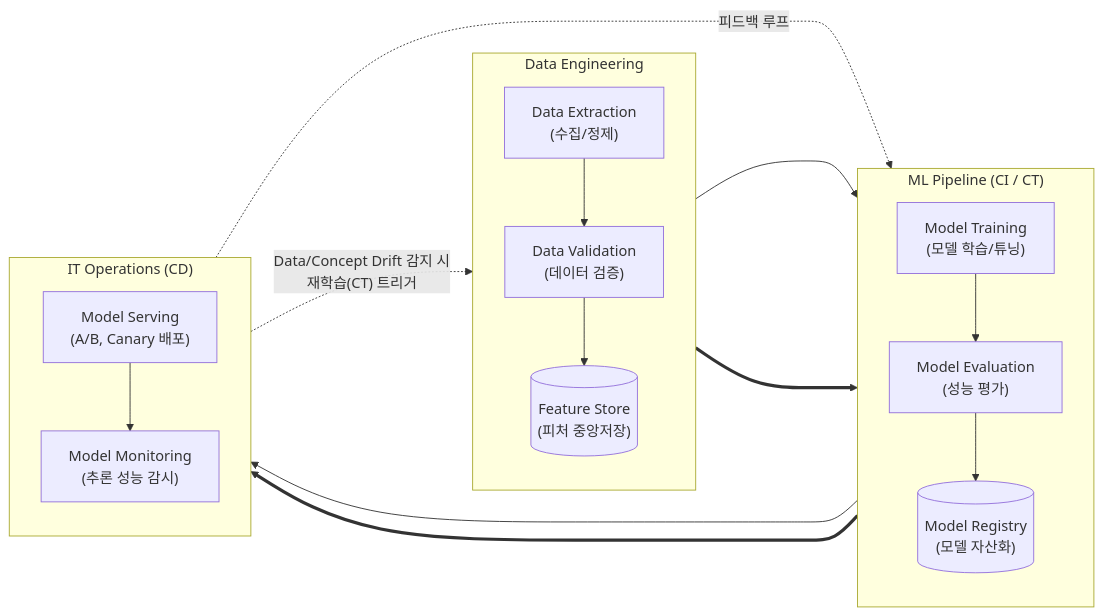
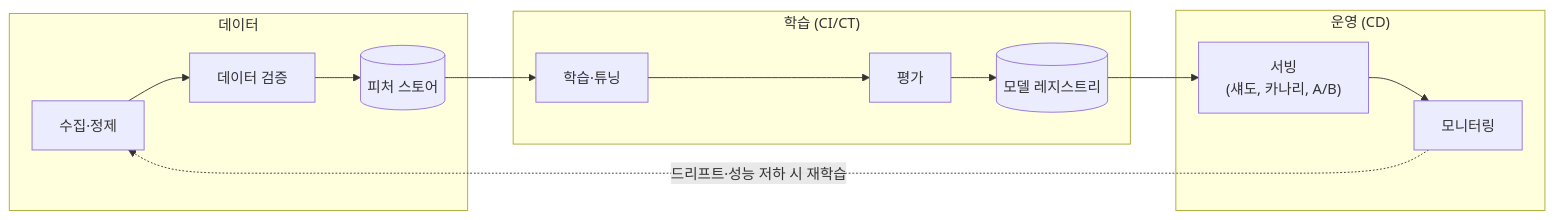
Before and after one commit to supremethumb/supremethumb.github.io: the diagram in content/01_IT Tech/MLOps.md, drawn with Mermaid. The commit also changed other lines of this file and 1087 other files, not shown here.

````diff
--- a/content/01_IT Tech/MLOps.md
+++ b/content/01_IT Tech/MLOps.md
@@ -28,27 +35,13 @@
 ```mermaid
 flowchart LR
-    subgraph DataOps["Data Engineering"]
-        direction TB
-        D1["Data Extraction<br/>(수집/정제)"] --> D2["Data Validation<br/>(데이터 검증)"]
-        D2 --> FS[("Feature Store<br/>(피처 중앙저장)")]
+    subgraph DATA["데이터"]
+        D1["수집·정제"] --> D2["데이터 검증"] --> FS[("피처 스토어")]
     end
-
-    subgraph ML_Pipeline["ML Pipeline (CI / CT)"]
-        direction TB
-        FS --> M1["Model Training<br/>(모델 학습/튜닝)"]
-        M1 --> M2["Model Evaluation<br/>(성능 평가)"]
-        M2 --> MR[("Model Registry<br/>(모델 자산화)")]
+    subgraph TRAIN["학습 (CI/CT)"]
+        FS --> M1["학습·튜닝"] --> M2["평가"] --> MR[("모델 레지스트리")]
     end
-
-    subgraph ITOps["IT Operations (CD)"]
-        direction TB
-        MR --> O1["Model Serving<br/>(A/B, Canary 배포)"]
-        O1 --> O2["Model Monitoring<br/>(추론 성능 감시)"]
+    subgraph OPS["운영 (CD)"]
+        MR --> S1["서빙<br/>(섀도, 카나리, A/B)"] --> S2["모니터링"]
     end
-
-    DataOps ===> ML_Pipeline ===> ITOps
-    
-    O2 -. "Data/Concept Drift 감지 시<br/>재학습(CT) 트리거" .-> D1
-    O2 -. "피드백 루프" .-> M1
-
+    S2 -. "드리프트·성능 저하 시 재학습" .-> D1
 ```
````
